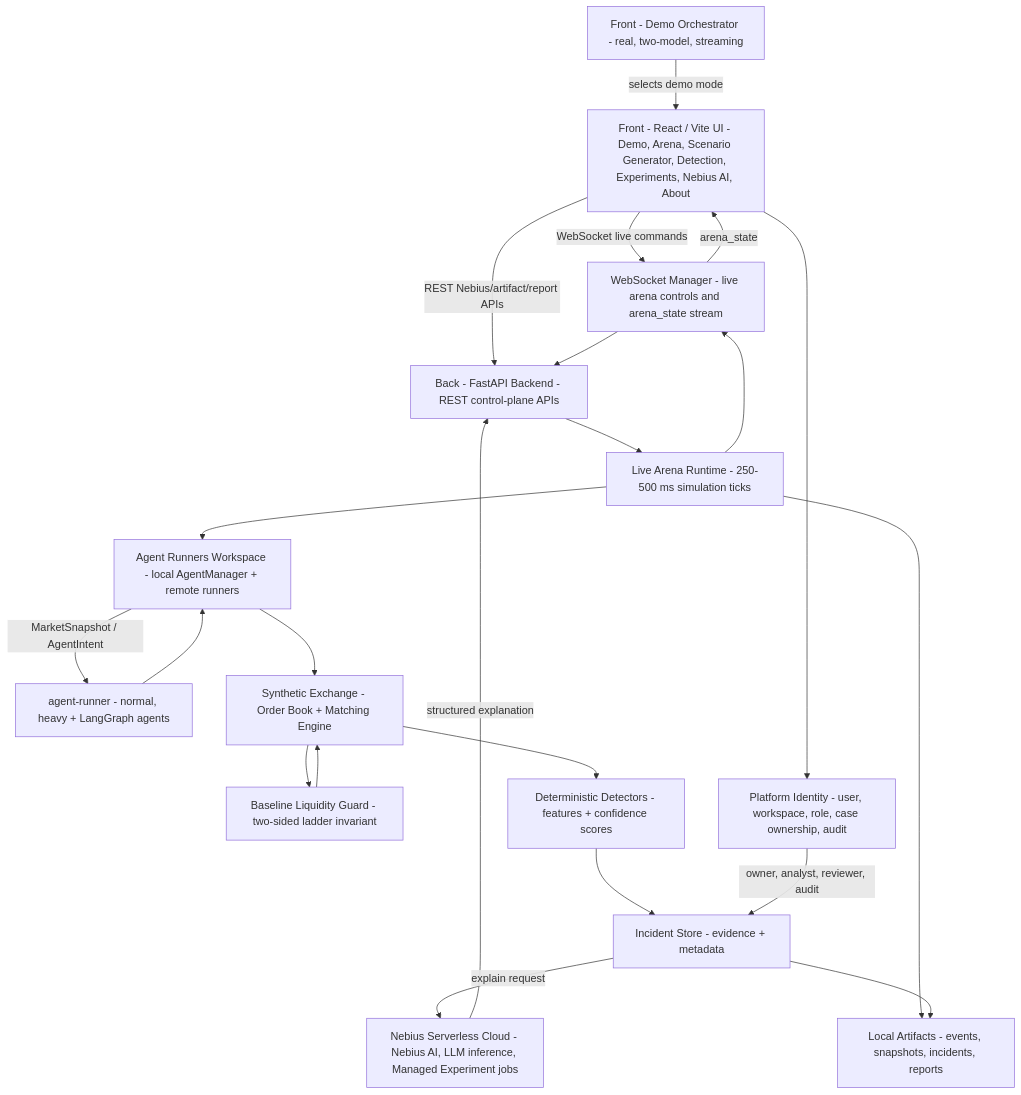
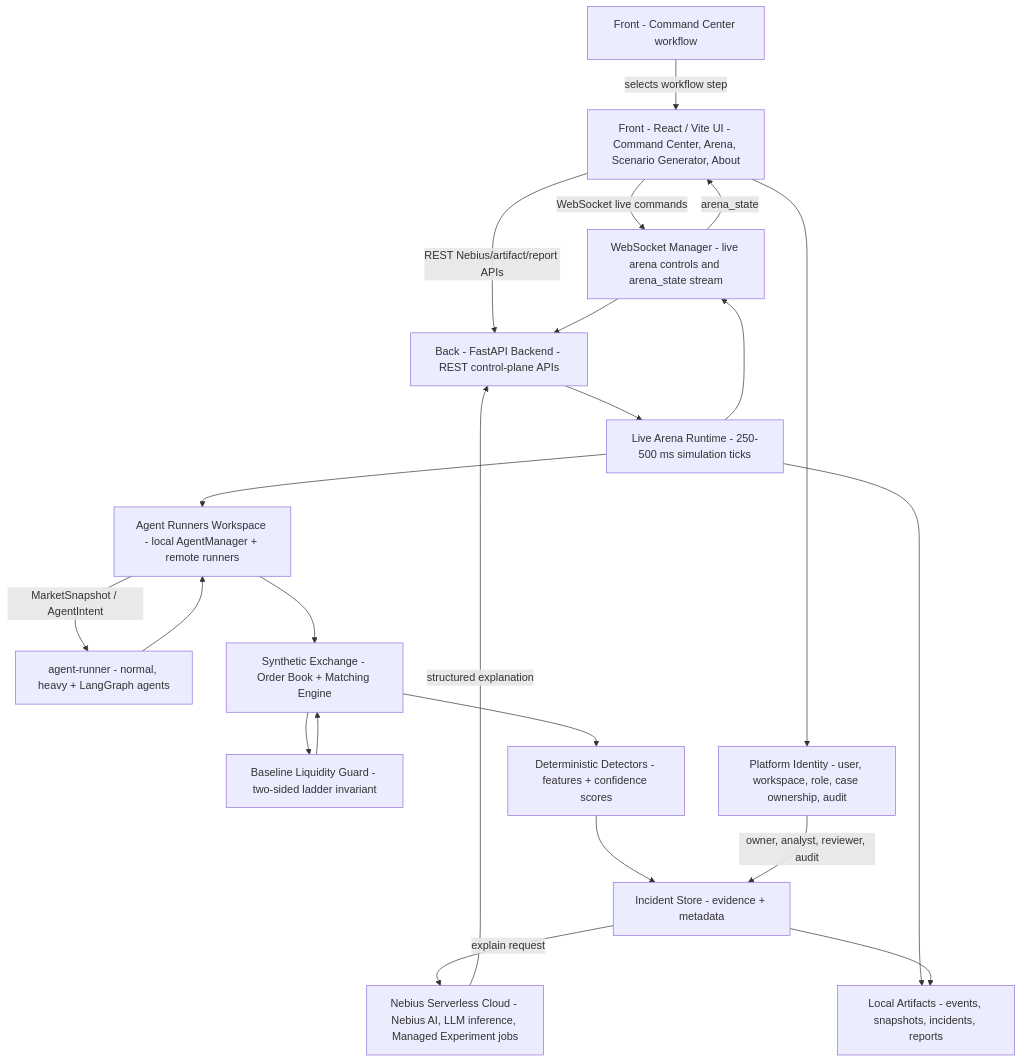
Before and after one commit to khab40/aimada: the first of 4 diagrams in docs/architecture.md, drawn with Mermaid. The commit also changed other lines of this file and 29 other files, not shown here.

````diff
--- a/docs/architecture.md
+++ b/docs/architecture.md
@@ -23,39 +23,39 @@
 ```mermaid
 graph TD
-    Demo["Front - Demo Orchestrator - real, two-model, streaming"]
-    UI["Front - React / Vite UI - Demo, Arena, Scenario Generator, Detection, Experiments, Nebius AI, About"]
+    Demo["Front - Command Center workflow"]
+    UI["Front - React / Vite UI - Command Center, Arena, Scenario Generator, About"]
     API["Back - FastAPI Backend - REST control-plane APIs"]
     WS["WebSocket Manager - live arena controls and arena_state stream"]
     Runtime["Live Arena Runtime - 250-500 ms simulation ticks"]
     Agents["Agent Runners Workspace - local AgentManager + remote runners"]
     Runner["agent-runner - normal, heavy + LangGraph agents"]
     Exchange["Synthetic Exchange - Order Book + Matching Engine"]
     LiquidityGuard["Baseline Liquidity Guard - two-sided ladder invariant"]
     Detectors["Deterministic Detectors - features + confidence scores"]
     Incidents["Incident Store - evidence + metadata"]
     Identity["Platform Identity - user, workspace, role, case ownership, audit"]
     Explain["Nebius Serverless Cloud - Nebius AI, LLM inference, Managed Experiment jobs"]
     Artifacts["Local Artifacts - events, snapshots, incidents, reports"]
 
-    Demo -->|selects demo mode| UI
+    Demo -->|selects workflow step| UI
     UI -->|WebSocket live commands| WS
     UI -->|REST Nebius/artifact/report APIs| API
     UI --> Identity
     WS --> API
     API --> Runtime
     Runtime --> Agents
     Agents -->|MarketSnapshot / AgentIntent| Runner
     Runner --> Agents
     Agents --> Exchange
     Exchange --> LiquidityGuard
     LiquidityGuard --> Exchange
     Exchange --> Detectors
     Detectors --> Incidents
     Identity -->|owner, analyst, reviewer, audit| Incidents
     Runtime --> WS
     WS -->|arena_state| UI
     Incidents -->|explain request| Explain
     Explain -->|structured explanation| API
     Runtime --> Artifacts
     Incidents --> Artifacts
 ```
````
